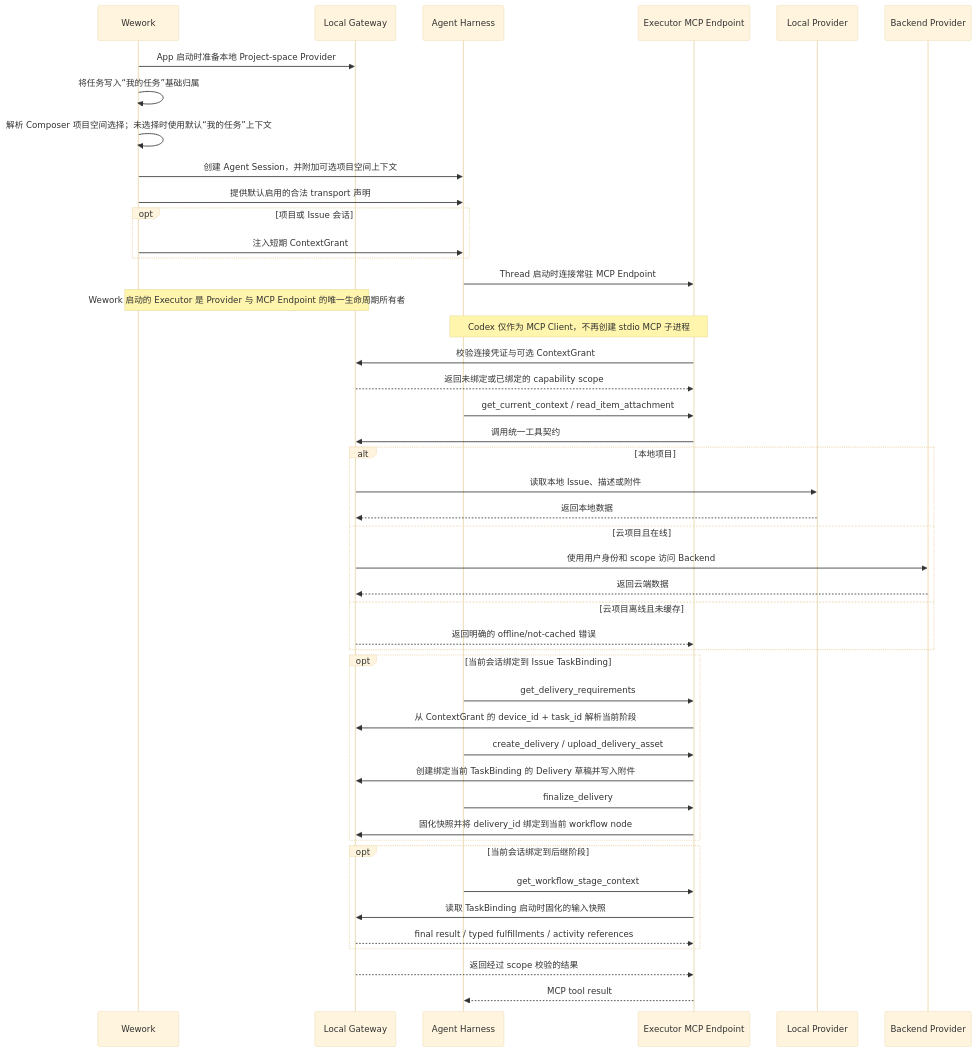
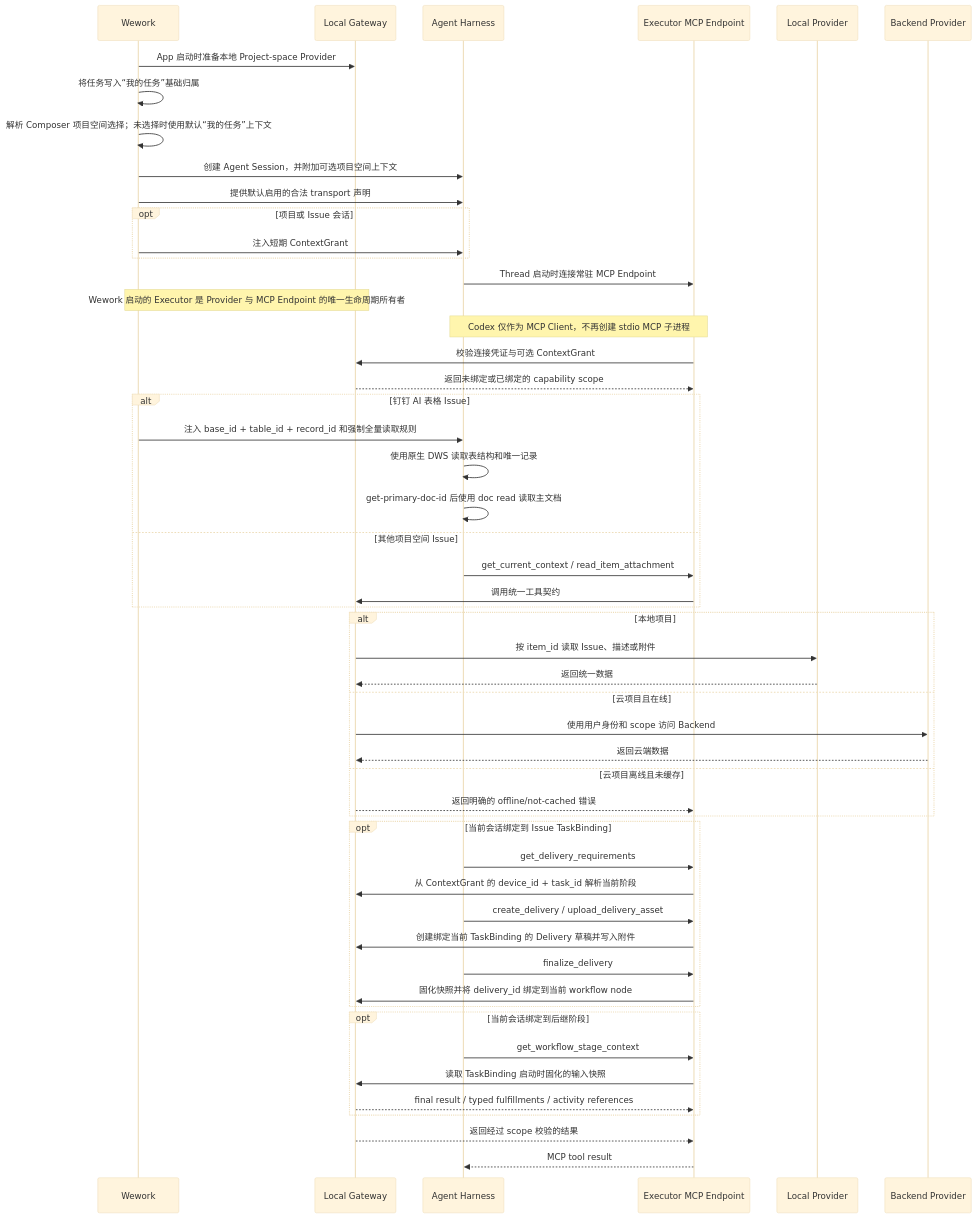
Before and after one commit to wecode-ai/Wegent: the second of 2 diagrams in docs/zh/architecture/project-space-agent-capability.md, drawn with Mermaid (base theme). The commit also changed other lines of this file and 57 other files, not shown here.

````diff
--- a/docs/zh/architecture/project-space-agent-capability.md
+++ b/docs/zh/architecture/project-space-agent-capability.md
@@ -35,49 +36,55 @@
 ```mermaid
 sequenceDiagram
     participant W as Wework
     participant G as Local Gateway
     participant H as Agent Harness
     participant P as Executor MCP Endpoint
     participant L as Local Provider
     participant B as Backend Provider
 
     W->>G: App 启动时准备本地 Project-space Provider
     W->>W: 将任务写入“我的任务”基础归属
     W->>W: 解析 Composer 项目空间选择；未选择时使用默认“我的任务”上下文
     W->>H: 创建 Agent Session，并附加可选项目空间上下文
     W->>H: 提供默认启用的合法 transport 声明
     opt 项目或 Issue 会话
         W->>H: 注入短期 ContextGrant
     end
     H->>P: Thread 启动时连接常驻 MCP Endpoint
     Note over W,G: Wework 启动的 Executor 是 Provider 与 MCP Endpoint 的唯一生命周期所有者
     Note over H,P: Codex 仅作为 MCP Client，不再创建 stdio MCP 子进程
     P->>G: 校验连接凭证与可选 ContextGrant
     G-->>P: 返回未绑定或已绑定的 capability scope
-    H->>P: get_current_context / read_item_attachment
-    P->>G: 调用统一工具契约
+    alt 钉钉 AI 表格 Issue
+        W->>H: 注入 base_id + table_id + record_id 和强制全量读取规则
+        H->>H: 使用原生 DWS 读取表结构和唯一记录
+        H->>H: get-primary-doc-id 后使用 doc read 读取主文档
+    else 其他项目空间 Issue
+        H->>P: get_current_context / read_item_attachment
+        P->>G: 调用统一工具契约
+    end
     alt 本地项目
-        G->>L: 读取本地 Issue、描述或附件
-        L-->>G: 返回本地数据
+        G->>L: 按 item_id 读取 Issue、描述或附件
+        L-->>G: 返回统一数据
     else 云项目且在线
         G->>B: 使用用户身份和 scope 访问 Backend
         B-->>G: 返回云端数据
     else 云项目离线且未缓存
         G-->>P: 返回明确的 offline/not-cached 错误
     end
     opt 当前会话绑定到 Issue TaskBinding
         H->>P: get_delivery_requirements
         P->>G: 从 ContextGrant 的 device_id + task_id 解析当前阶段
         H->>P: create_delivery / upload_delivery_asset
         P->>G: 创建绑定当前 TaskBinding 的 Delivery 草稿并写入附件
         H->>P: finalize_delivery
         P->>G: 固化快照并将 delivery_id 绑定到当前 workflow node
     end
     opt 当前会话绑定到后继阶段
         H->>P: get_workflow_stage_context
         P->>G: 读取 TaskBinding 启动时固化的输入快照
         G-->>P: final result / typed fulfillments / activity references
     end
     G-->>P: 返回经过 scope 校验的结果
     P-->>H: MCP tool result
 ```
````
